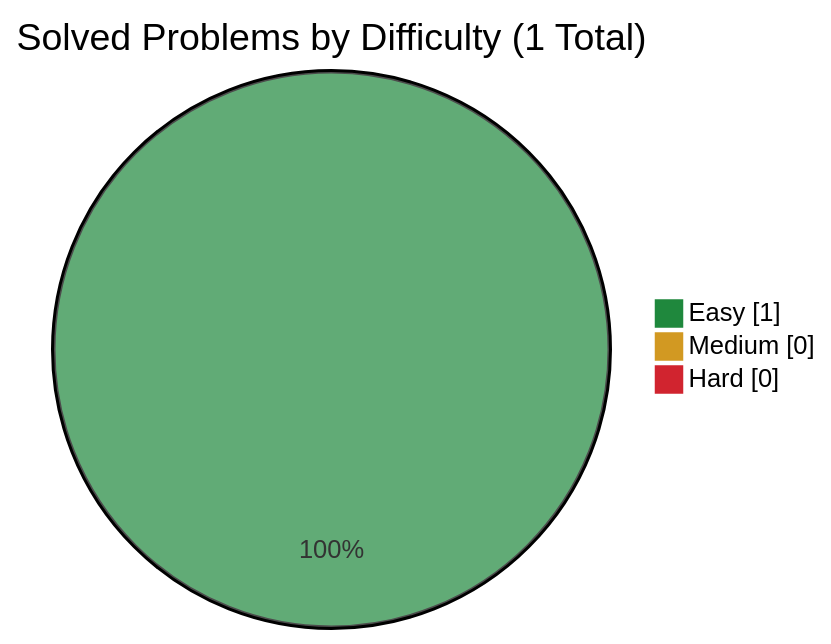
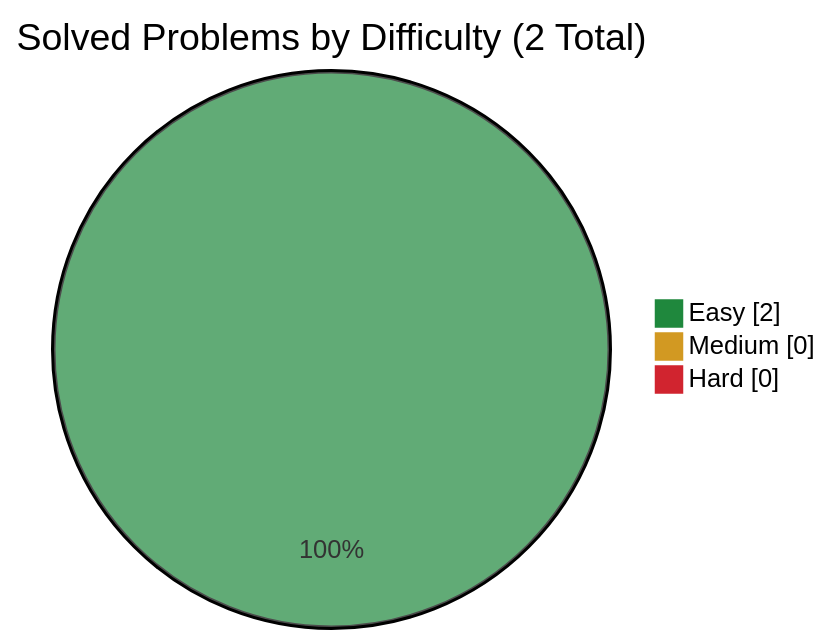
The diagram in companies/amazon/README.md (simonesiega/leetcode-solutions), drawn with Mermaid before and after one commit. The commit also changed other lines of this file and 4 other files, not shown here.

````diff
--- a/companies/amazon/README.md
+++ b/companies/amazon/README.md
@@ -17,8 +17,8 @@
 ```mermaid
 %%{init: {"themeVariables": {"pie1": "#1f883d", "pie2": "#d29922", "pie3": "#d1242f"}}}%%
 pie showData
-    title Solved Problems by Difficulty (1 Total)
-    "Easy" : 1
+    title Solved Problems by Difficulty (2 Total)
+    "Easy" : 2
     "Medium" : 0
     "Hard" : 0
 ```
````
